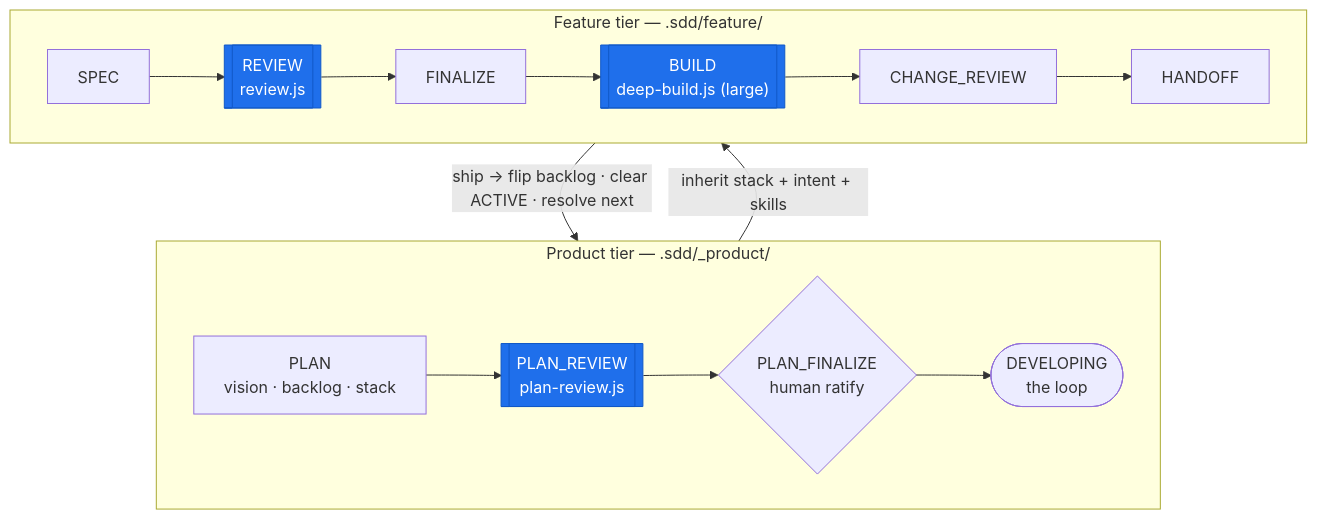
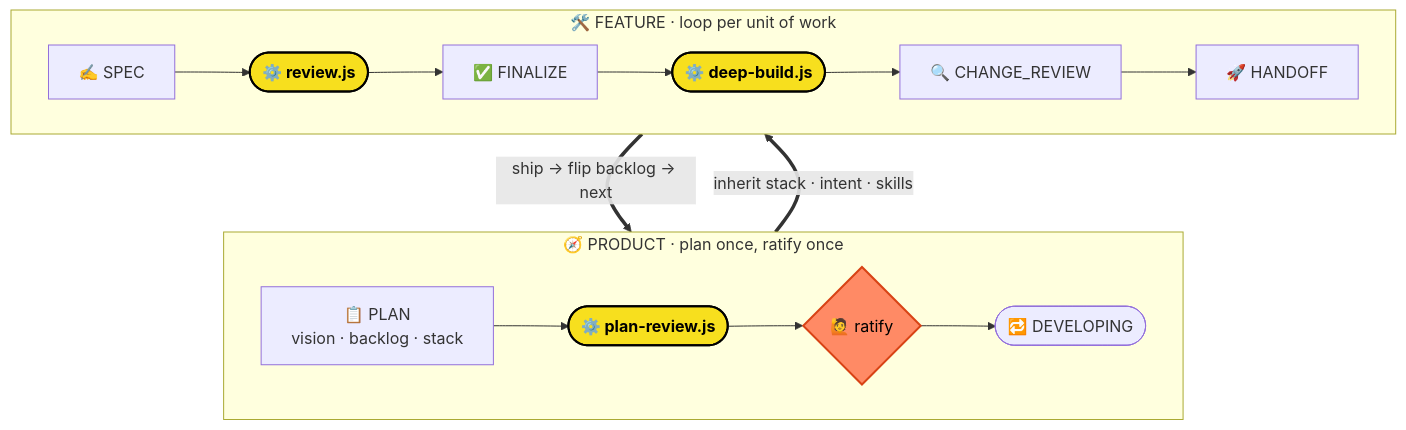
One commit to rocar/build-fleet changed the first of 3 diagrams in README.md. Above: the diagram before and after it, drawn with Mermaid. The commit also changed other lines of this file, not shown here.

First line of the commit message:
docs: make README diagrams vibier — .js workflows as the hero

````diff
--- a/README.md
+++ b/README.md
@@ -42,16 +42,18 @@
 ```mermaid
 flowchart TB
-    subgraph PT["Product tier — .sdd/_product/"]
+    subgraph PT["🧭 PRODUCT · plan once, ratify once"]
         direction LR
-        PLAN["PLAN<br/>vision · backlog · stack"] --> PREV[["PLAN_REVIEW<br/>plan-review.js"]] --> PFIN{"PLAN_FINALIZE<br/>human ratify"} --> DEV(["DEVELOPING<br/>the loop"])
+        PLAN["📋 PLAN<br/>vision · backlog · stack"] --> PREV(["⚙️ plan-review.js"]) --> PFIN{"🙋 ratify"} --> DEV(["🔁 DEVELOPING"])
     end
-    subgraph FT["Feature tier — .sdd/feature/"]
+    subgraph FT["🛠️ FEATURE · loop per unit of work"]
         direction LR
-        SPEC["SPEC"] --> REVIEW[["REVIEW<br/>review.js"]] --> FINAL["FINALIZE"] --> BUILD[["BUILD<br/>deep-build.js (large)"]] --> CR["CHANGE_REVIEW"] --> HO["HANDOFF"]
+        SPEC["✍️ SPEC"] --> REVIEW(["⚙️ review.js"]) --> FIN["✅ FINALIZE"] --> BUILD(["⚙️ deep-build.js"]) --> CR["🔍 CHANGE_REVIEW"] --> HO["🚀 HANDOFF"]
     end
-    DEV -->|"inherit stack + intent + skills"| SPEC
-    HO -->|"ship → flip backlog · clear ACTIVE · resolve next"| DEV
+    DEV ==>|"inherit stack · intent · skills"| SPEC
+    HO ==>|"ship → flip backlog → next"| DEV
 
-    classDef wf fill:#1f6feb,color:#fff,stroke:#1158c7;
-    class PREV,REVIEW,BUILD wf;
+    classDef js fill:#f7df1e,color:#000,stroke:#000,stroke-width:2px,font-weight:bold;
+    classDef gate fill:#ff8a65,color:#000,stroke:#d84315,stroke-width:2px;
+    class PREV,REVIEW,BUILD js;
+    class PFIN gate;
 ```
````
